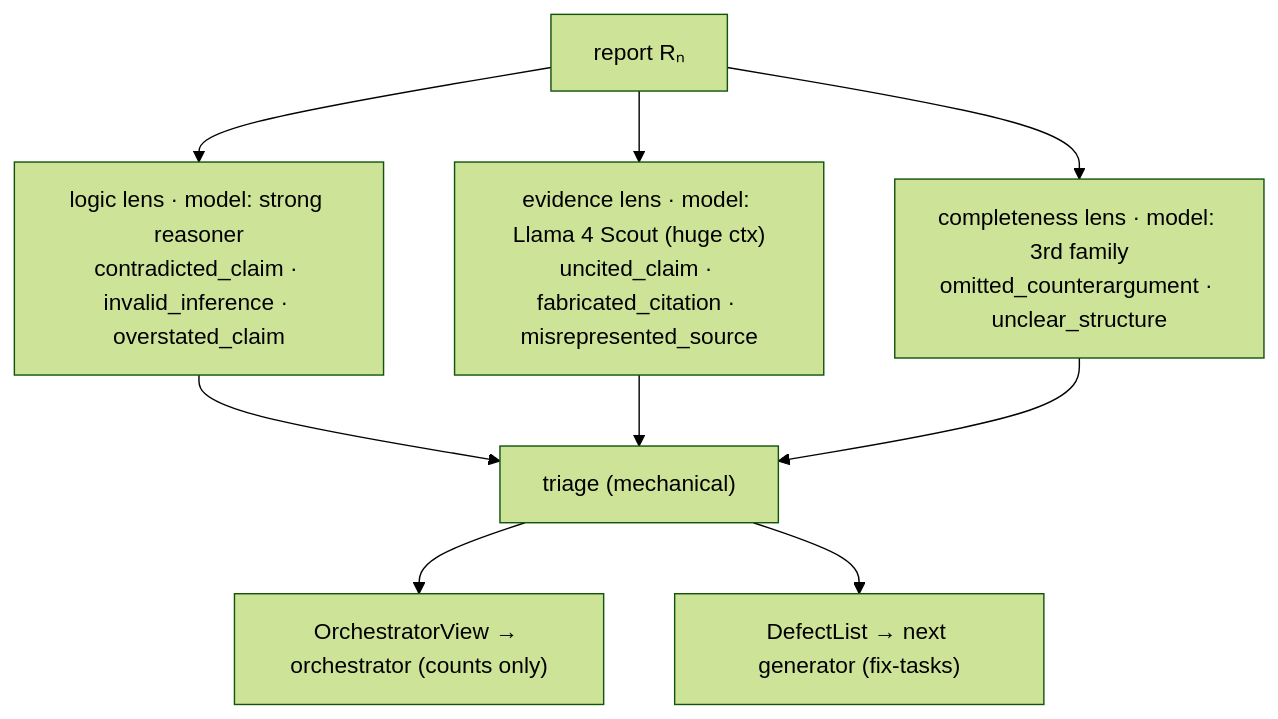
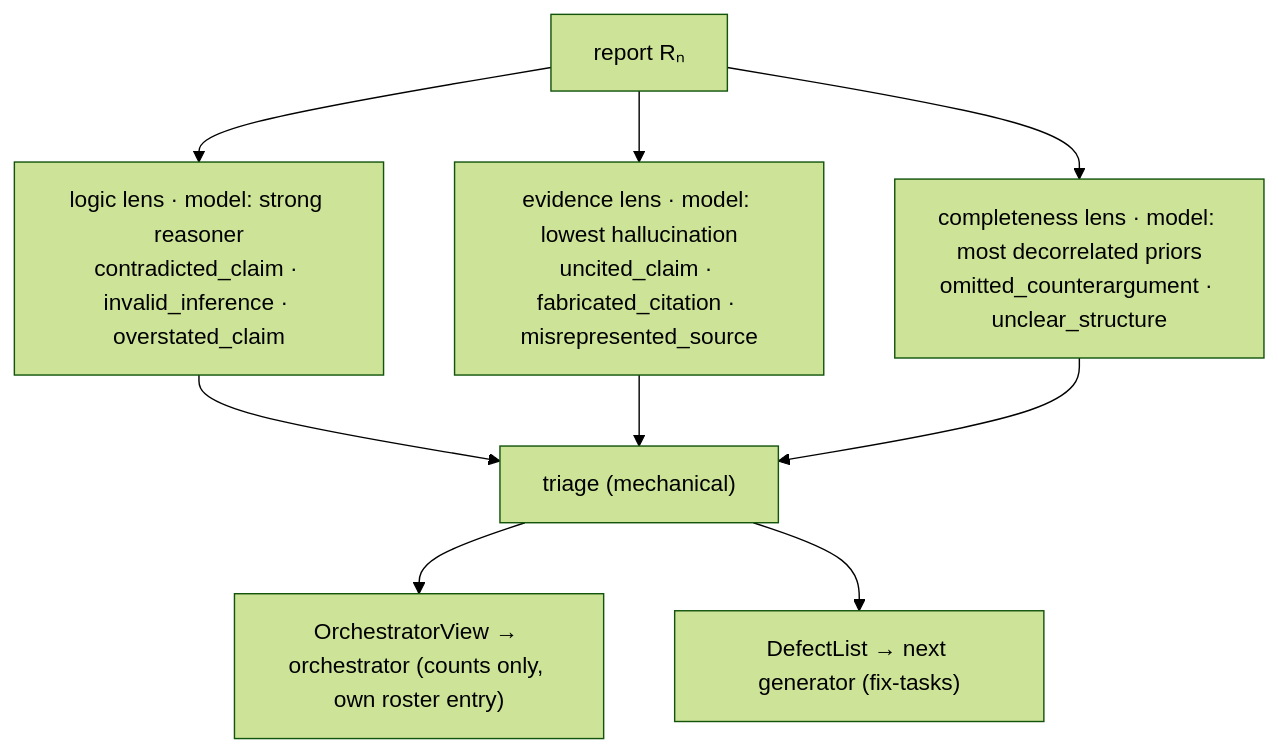
The second of 5 diagrams in docs/architecture.md (NickBorgers/reasonable-answer), drawn with Mermaid (forest theme) before and after one commit. The commit also changed other lines of this file and 14 other files, not shown here.

````diff
--- a/docs/architecture.md
+++ b/docs/architecture.md
@@ -69,11 +70,11 @@
 ```mermaid
 flowchart TD
     R["report Rₙ"] --> L1["logic lens · model: strong reasoner<br/>contradicted_claim · invalid_inference · overstated_claim"]
-    R --> L2["evidence lens · model: Llama 4 Scout (huge ctx)<br/>uncited_claim · fabricated_citation · misrepresented_source"]
-    R --> L3["completeness lens · model: 3rd family<br/>omitted_counterargument · unclear_structure"]
+    R --> L2["evidence lens · model: lowest hallucination<br/>uncited_claim · fabricated_citation · misrepresented_source"]
+    R --> L3["completeness lens · model: most decorrelated priors<br/>omitted_counterargument · unclear_structure"]
     L1 --> TR["triage (mechanical)"]
     L2 --> TR
     L3 --> TR
-    TR --> SR["OrchestratorView → orchestrator (counts only)"]
+    TR --> SR["OrchestratorView → orchestrator (counts only, own roster entry)"]
     TR --> DL["DefectList → next generator (fix-tasks)"]
 ```
````
